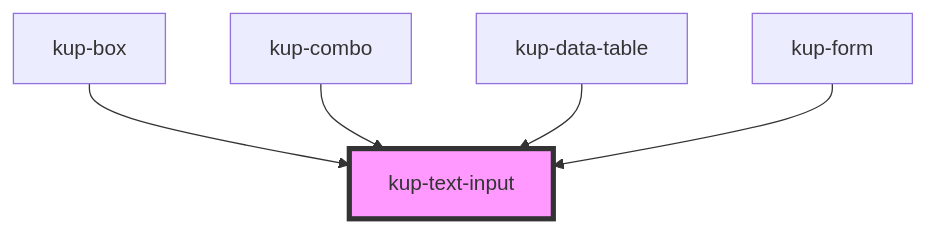
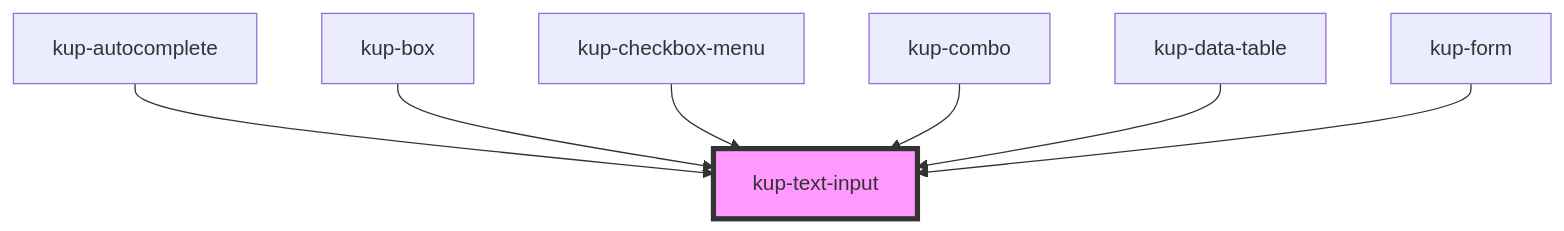
The diagram in packages/ketchup/src/components/kup-text-input/readme.md (smeup/ketchup), drawn with Mermaid before and after one commit. The commit also changed other lines of this file and 6 other files, not shown here.

Commit message:
[kup-autocomplete] Added many pieces inside the showcase, added some feature, corrected some behavior

````diff
--- a/packages/ketchup/src/components/kup-text-input/readme.md
+++ b/packages/ketchup/src/components/kup-text-input/readme.md
@@ -71,8 +81,10 @@
 ```mermaid
 graph TD;
+  kup-autocomplete --> kup-text-input
   kup-box --> kup-text-input
+  kup-checkbox-menu --> kup-text-input
   kup-combo --> kup-text-input
   kup-data-table --> kup-text-input
   kup-form --> kup-text-input
   style kup-text-input fill:#f9f,stroke:#333,stroke-width:4px
 ```
````
